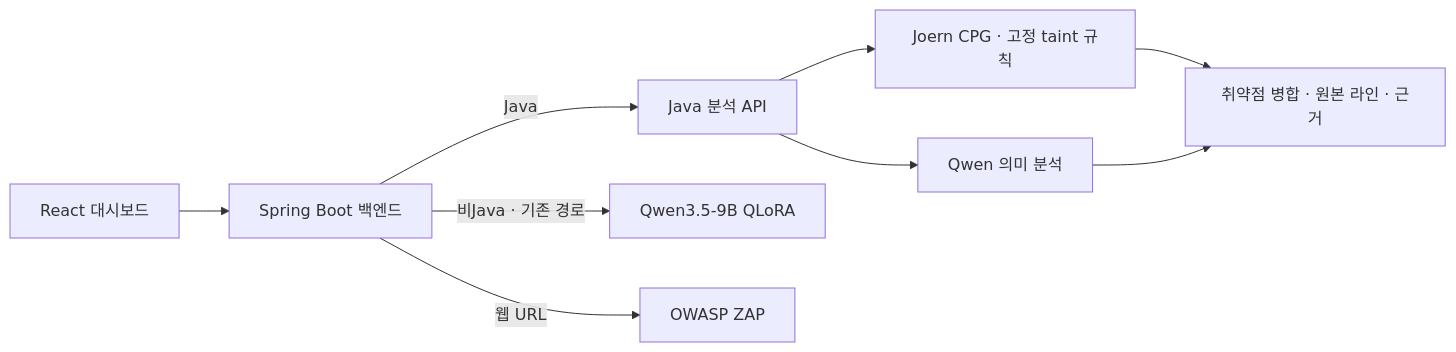
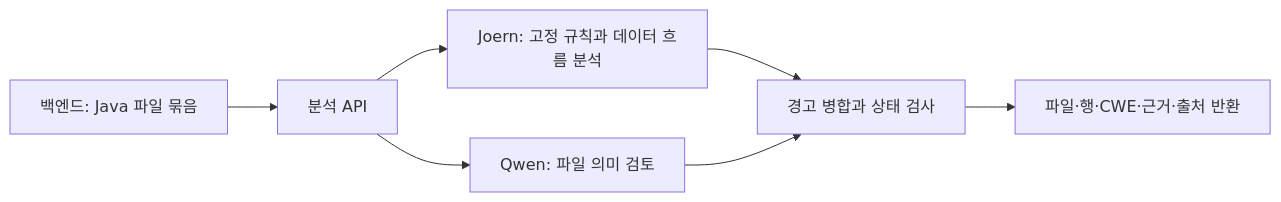
The diagram in README.md (26Graduation/scanops-model), drawn with Mermaid before and after one commit. The commit also changed other lines of this file, not shown here.

````diff
--- a/README.md
+++ b/README.md
@@ -16,11 +19,9 @@
 ```mermaid
 flowchart LR
-    UI[React 대시보드] --> API[Spring Boot 백엔드]
-    API -->|Java| J[Java 분석 API]
-    J --> C[Joern CPG · 고정 taint 규칙]
-    J --> Q[Qwen 의미 분석]
-    C --> U[취약점 병합 · 원본 라인 · 근거]
-    Q --> U
-    API -->|비Java · 기존 경로| F[Qwen3.5-9B QLoRA]
-    API -->|웹 URL| Z[OWASP ZAP]
+    B[백엔드: Java 파일 묶음] --> A[분석 API]
+    A --> C[Joern: 고정 규칙과 데이터 흐름 분석]
+    A --> Q[Qwen: 파일 의미 검토]
+    C --> M[경고 병합과 상태 검사]
+    Q --> M
+    M --> R[파일·행·CWE·근거·출처 반환]
 ```
````
